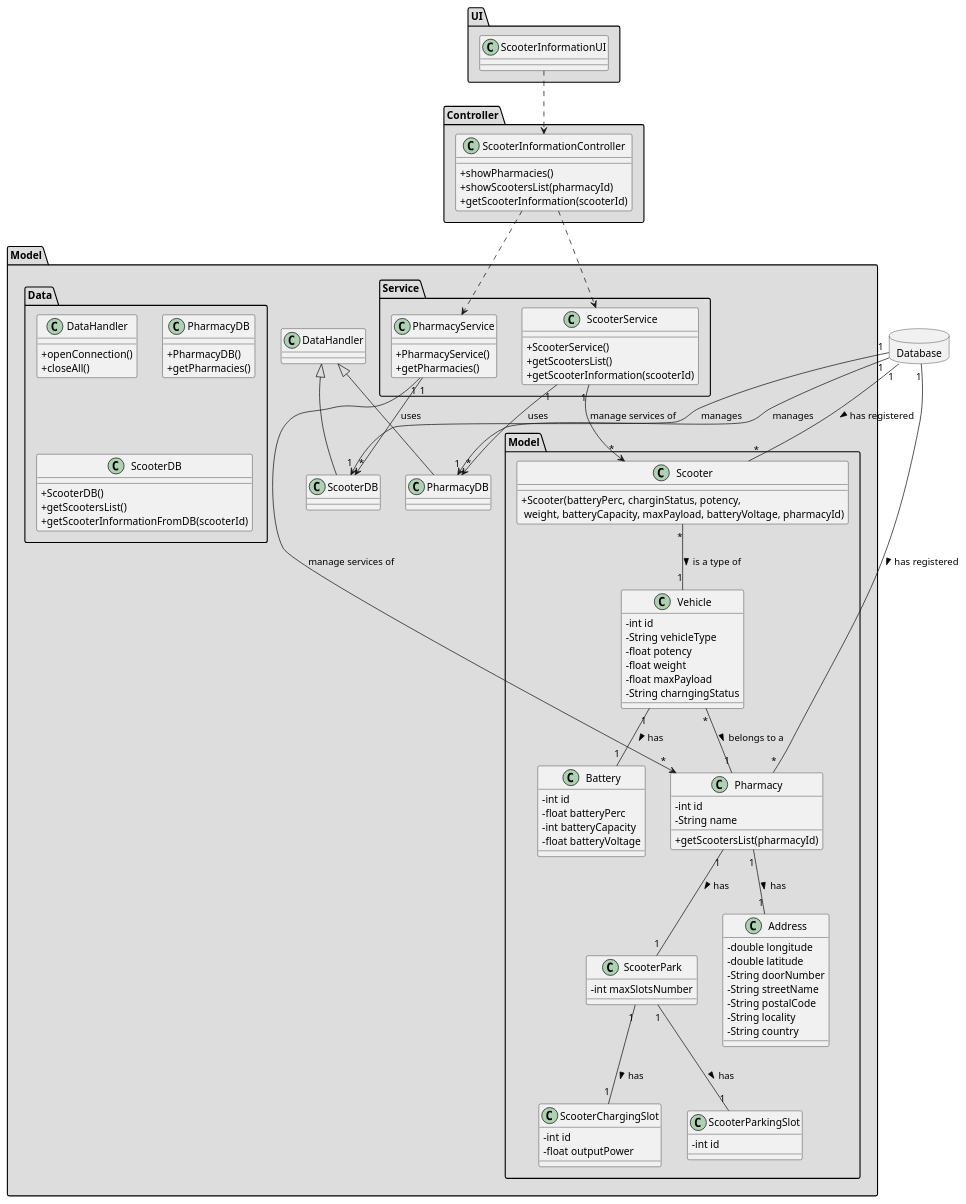
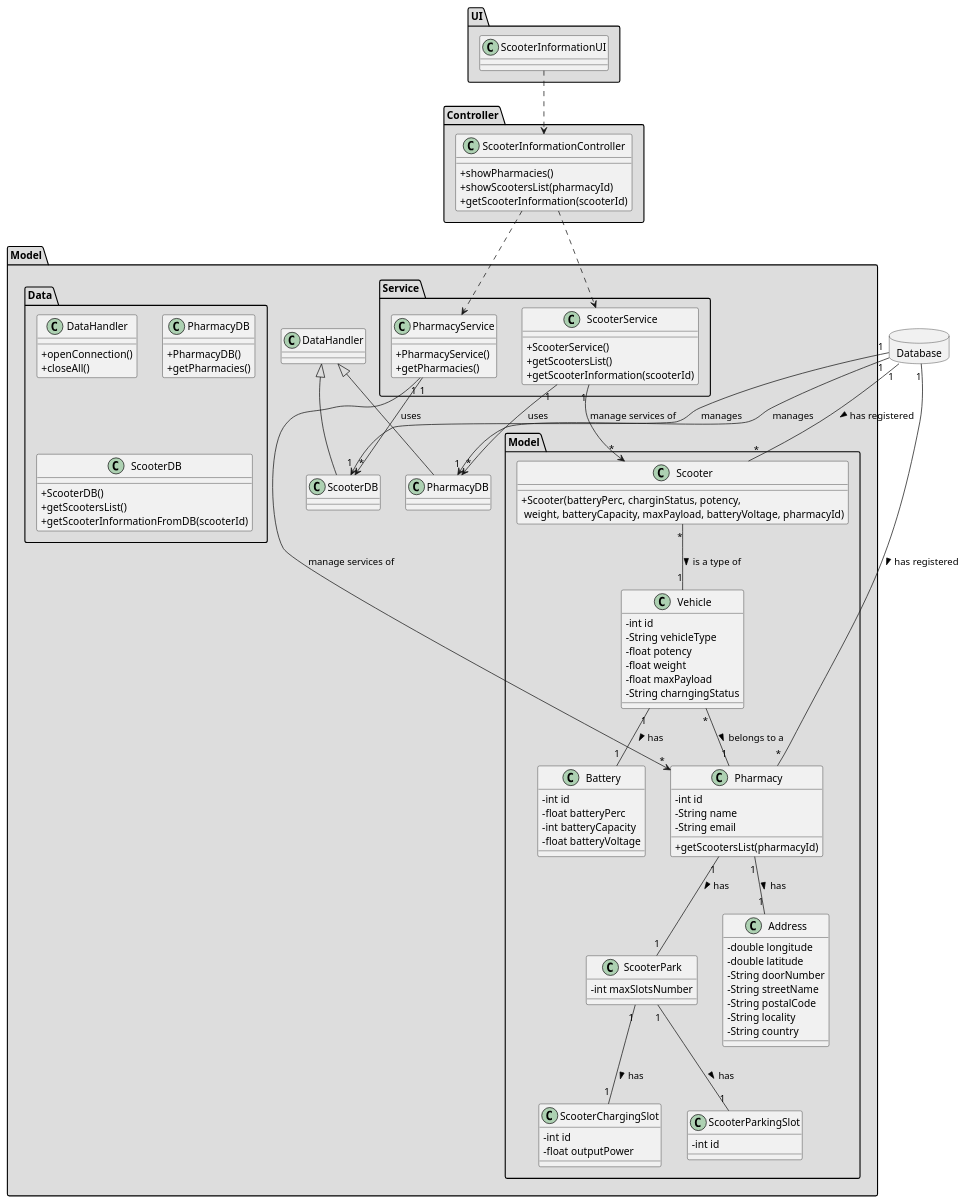
Before and after one commit to tiagoavcosta25/LAPR3: the diagram in docs/Iteration 2/Scooter Management/US57_ScooterInformation/Refinement/US57_CD.puml, drawn with PlantUML. The commit also changed 14 other files, not shown here.

```diff
--- a/docs/Iteration 2/Scooter Management/US57_ScooterInformation/Refinement/US57_CD.puml
+++ b/docs/Iteration 2/Scooter Management/US57_ScooterInformation/Refinement/US57_CD.puml
@@ -1,130 +1,131 @@
 @startuml
 skinparam classAttributeIconSize 0
 
 database Database {
 }
 
 package "UI" #DDDDDD {
 class ScooterInformationUI{
 }
 }
 
 package "Controller" #DDDDDD {
 class ScooterInformationController{
 +showPharmacies()
 +showScootersList(pharmacyId)
 +getScooterInformation(scooterId)
 }
 }
 
 
 package "Model" #DDDDDD {
  package "Service" #DDDDDD {
   class PharmacyService{
       +PharmacyService()
       +getPharmacies()
   }
 
   class ScooterService{
       +ScooterService()
       +getScootersList()
       +getScooterInformation(scooterId)
    }
 }
 
 package "Model" #DDDDDD {
 class ScooterPark{
 -   int maxSlotsNumber
 }
 
 class ScooterChargingSlot{
 -   int id
 -   float outputPower
 }
 
 class ScooterParkingSlot{
 -   int id
 }
 
 class Scooter{
 +Scooter(batteryPerc, charginStatus, potency,\n weight, batteryCapacity, maxPayload, batteryVoltage, pharmacyId)
 
 }
 
 class Vehicle{
   -int id
   -String vehicleType
   -float potency
   -float weight
   -float maxPayload
   -String charngingStatus
 }
 
 class Battery{
   -int id
   -float batteryPerc
   -int batteryCapacity
   -float batteryVoltage
 }
 
 class Address{
   -double longitude
   -double latitude
   -String doorNumber
   -String streetName
   -String postalCode
   -String locality
   -String country
 }
 
 class Pharmacy {
   -int id
   -String name
+-   String email
   +getScootersList(pharmacyId)
 }
 }
 
 
 package "Data" #DDDDDD {
 class DataHandler{
     +openConnection()
     +closeAll()
 }
 class PharmacyDB{
      +PharmacyDB()
      +getPharmacies()
  }
 
  class ScooterDB{
      +ScooterDB()
      +getScootersList()
      +getScooterInformationFromDB(scooterId)
   }
 }
 
 class PharmacyDB extends DataHandler
 class ScooterDB extends DataHandler
 
 ScooterInformationUI ..> ScooterInformationController
 ScooterInformationController ..> PharmacyService
 ScooterInformationController ..> ScooterService
 Database "1" --> "1" PharmacyDB : manages
 Database "1" --> "1" ScooterDB : manages
 ScooterService "1" --> "*" PharmacyDB : uses
 PharmacyService "1" --> "*" ScooterDB : uses
 PharmacyService "1" --> "*" Pharmacy : manage services of
 ScooterService "1" --> "*" Scooter : manage services of
 
 Database "1" -- "*" Pharmacy : has registered >
 Database "1" -- "*" Scooter : has registered >
 
 Vehicle "1" -- "1" Battery : has >
 Vehicle "*" -- "1" Pharmacy : belongs to a >
 Scooter "*" -- "1" Vehicle : is a type of >
 Pharmacy "1" -- "1" Address : has >
 Pharmacy "1" -- "1" ScooterPark : has >
 ScooterPark "1" -- "1" ScooterChargingSlot : has >
 ScooterPark "1" -- "1" ScooterParkingSlot : has >
 
 
 @enduml
```
